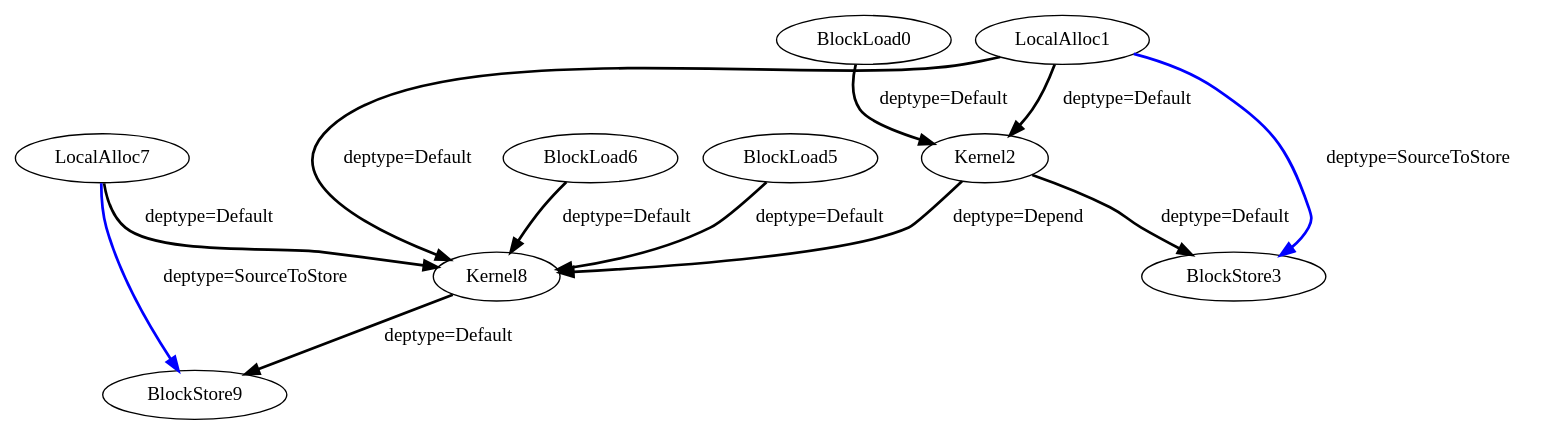
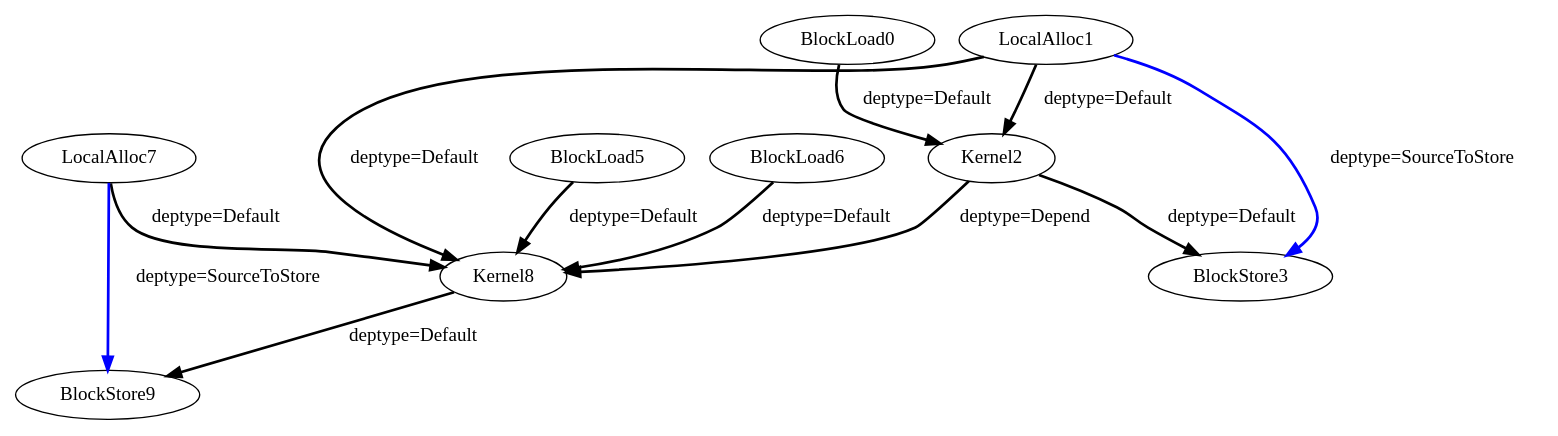
The diagram in experiment/Cbenchmarks/Polybench/linear-algebra/blas/gemm/IR/tempfiles/Block_0_TaskGraph_1.dot (MIONkb/adora-compiler), drawn with Graphviz before and after one commit. The commit also changed 411 other files, not shown here.

```diff
--- a/experiment/Cbenchmarks/Polybench/linear-algebra/blas/gemm/IR/tempfiles/Block_0_TaskGraph_1.dot
+++ b/experiment/Cbenchmarks/Polybench/linear-algebra/blas/gemm/IR/tempfiles/Block_0_TaskGraph_1.dot
@@ -1,22 +1,22 @@
 Digraph G {
-BlockStore9[type = "BlockStoreNode", KernelName = "kernel_gemm_1"];
-Kernel8[type = "KernelNode", KernelName = "kernel_gemm_1"];
-LocalAlloc7[type = "LocalAllocNode", KernelName = "kernel_gemm_1"];
-BlockLoad6[type = "BlockLoadNode", KernelName = "kernel_gemm_1"];
-BlockStore3[type = "BlockStoreNode", KernelName = "kernel_gemm_0"];
-Kernel2[type = "KernelNode", KernelName = "kernel_gemm_0"];
-LocalAlloc1[type = "LocalAllocNode", KernelName = "kernel_gemm_0"];
-BlockLoad5[type = "BlockLoadNode", KernelName = "kernel_gemm_1"];
-BlockLoad0[type = "BlockLoadNode", KernelName = "kernel_gemm_0"];
+Kernel8[type = "KernelNode", KernelName = "gemm_1"];
+LocalAlloc7[type = "LocalAllocNode", KernelName = "gemm_1"];
+BlockLoad6[type = "BlockLoadNode", KernelName = "gemm_1"];
+BlockStore3[type = "BlockStoreNode", KernelName = "gemm_0"];
+BlockStore9[type = "BlockStoreNode", KernelName = "gemm_1"];
+Kernel2[type = "KernelNode", KernelName = "gemm_0"];
+BlockLoad5[type = "BlockLoadNode", KernelName = "gemm_1"];
+LocalAlloc1[type = "LocalAllocNode", KernelName = "gemm_0+gemm_1"];
+BlockLoad0[type = "BlockLoadNode", KernelName = "gemm_0"];
 BlockLoad0 -> Kernel2[color = black, style = bold, deptype = Default, label = "deptype=Default"];
 LocalAlloc1 -> Kernel2[color = black, style = bold, deptype = Default, label = "deptype=Default"];
 LocalAlloc1 -> BlockStore3[color = blue, style = bold, deptype = SourceToStore, label = "deptype=SourceToStore"];
 LocalAlloc1 -> Kernel8[color = black, style = bold, deptype = Default, label = "deptype=Default"];
 Kernel2 -> BlockStore3[color = black, style = bold, deptype = Default, label = "deptype=Default"];
 Kernel2 -> Kernel8[color = black, style = bold, deptype = Depend, label = "deptype=Depend"];
 BlockLoad5 -> Kernel8[color = black, style = bold, deptype = Default, label = "deptype=Default"];
 BlockLoad6 -> Kernel8[color = black, style = bold, deptype = Default, label = "deptype=Default"];
 LocalAlloc7 -> Kernel8[color = black, style = bold, deptype = Default, label = "deptype=Default"];
 LocalAlloc7 -> BlockStore9[color = blue, style = bold, deptype = SourceToStore, label = "deptype=SourceToStore"];
 Kernel8 -> BlockStore9[color = black, style = bold, deptype = Default, label = "deptype=Default"];
 }
```
